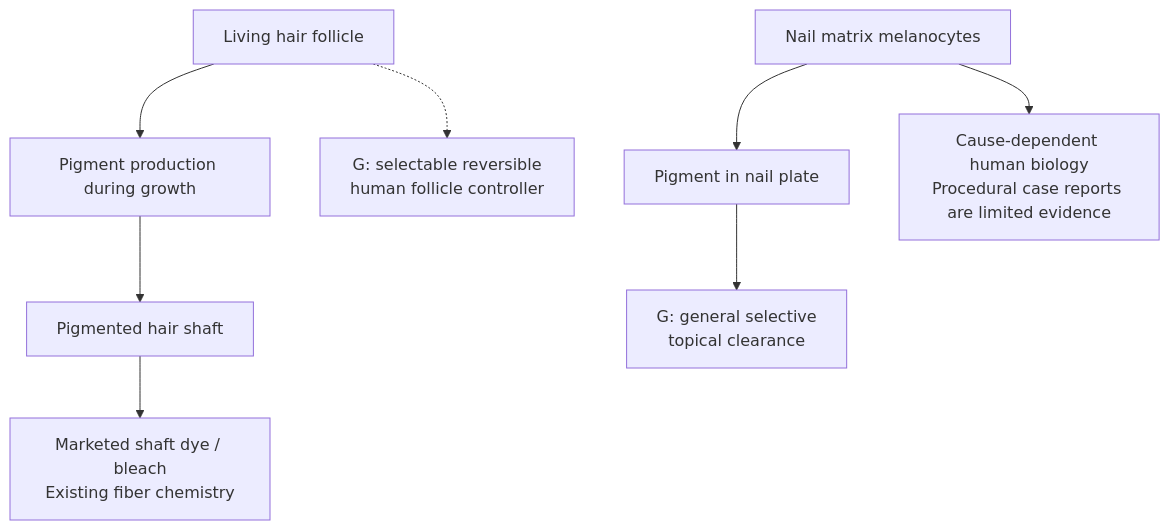
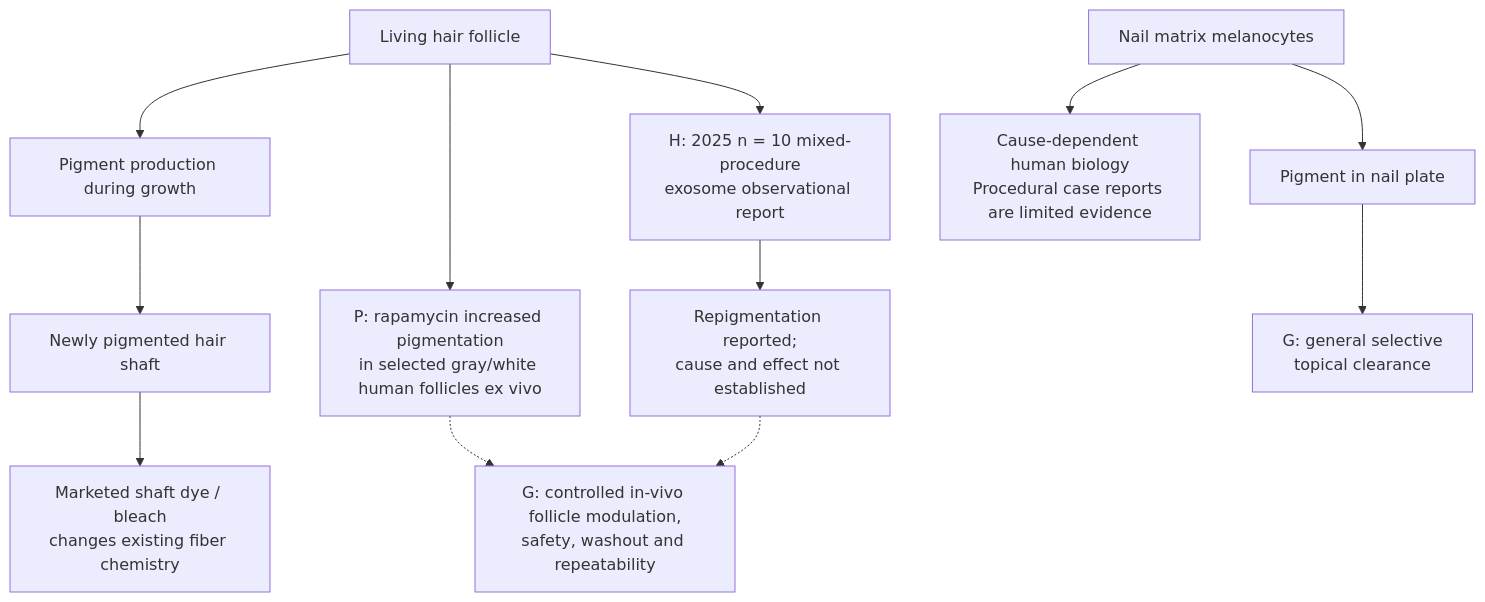
Diagram 22 of 38 in research/tissue-pigment-atlas.md (dylanstechmann/iris-color-without-contacts), drawn with Mermaid before and after one commit. The commit also changed other lines of this file, not shown here.

Commit message:
Add human follicle repigmentation evidence

````diff
--- a/research/tissue-pigment-atlas.md
+++ b/research/tissue-pigment-atlas.md
@@ -617,10 +617,14 @@
 ```mermaid
 flowchart TD
     H["Living hair follicle"] --> HP["Pigment production during growth"]
-    HP --> HS["Pigmented hair shaft"]
-    HS --> HC["Marketed shaft dye / bleach<br/>Existing fiber chemistry"]
-    H -.-> HG["G: selectable reversible<br/>human follicle controller"]
+    HP --> HS["Newly pigmented hair shaft"]
+    HS --> HC["Marketed shaft dye / bleach<br/>changes existing fiber chemistry"]
+    H --> R["P: rapamycin increased pigmentation<br/>in selected gray/white human follicles ex vivo"]
+    R -.-> HG["G: controlled in-vivo follicle modulation,<br/>safety, washout and repeatability"]
+    H --> EX["H: 2025 n = 10 mixed-procedure<br/>exosome observational report"]
+    EX --> EXG["Repigmentation reported;<br/>cause and effect not established"]
+    EXG -.-> HG
     N["Nail matrix melanocytes"] --> NP["Pigment in nail plate"]
     NP --> NG["G: general selective<br/>topical clearance"]
     N --> ND["Cause-dependent human biology<br/>Procedural case reports are limited evidence"]
 ```
````
